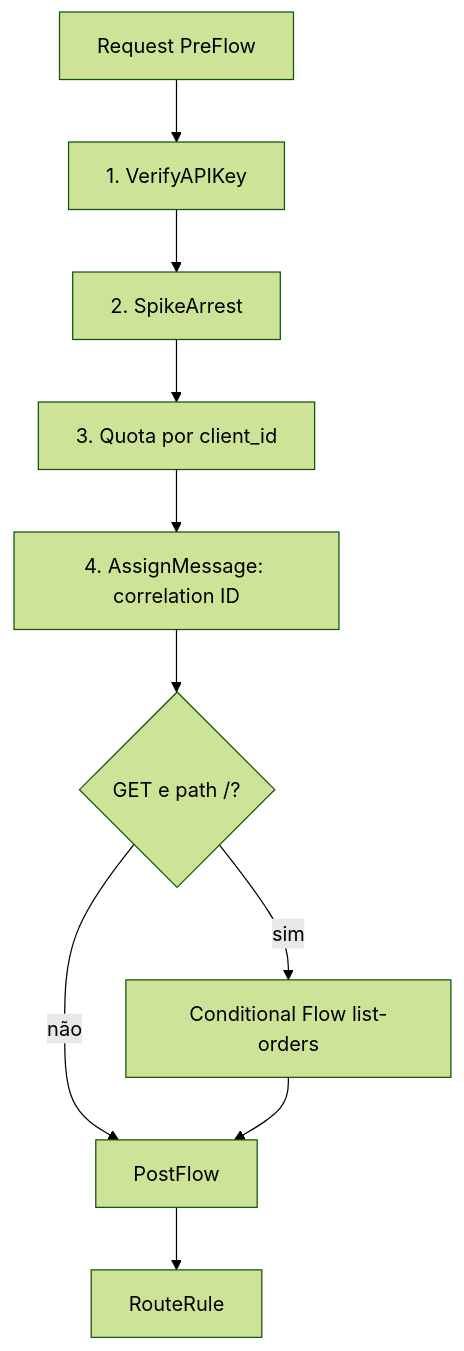
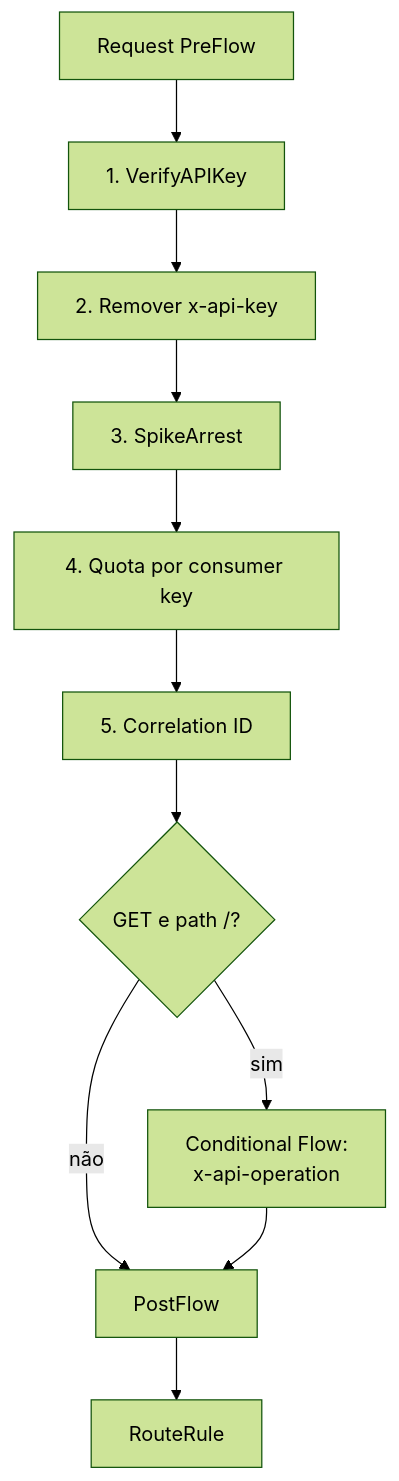
One commit to rodri-oliveira-dev/apigee-architecture-lab changed the first of 2 diagrams in examples/02-intermediate/README.md. Above: the diagram before and after it, drawn with Mermaid (forest theme). The commit also changed other lines of this file and 23 other files, not shown here.

````diff
--- a/examples/02-intermediate/README.md
+++ b/examples/02-intermediate/README.md
@@ -9,12 +9,13 @@
 ```mermaid
 flowchart TD
     A[Request PreFlow] --> K[1. VerifyAPIKey]
-    K --> S[2. SpikeArrest]
-    S --> Q[3. Quota por client_id]
-    Q --> C[4. AssignMessage: correlation ID]
+    K --> X[2. Remover x-api-key]
+    X --> S[3. SpikeArrest]
+    S --> Q[4. Quota por consumer key]
+    Q --> C[5. Correlation ID]
     C --> D{GET e path /?}
-    D -->|sim| F[Conditional Flow list-orders]
+    D -->|sim| F[Conditional Flow:<br/>x-api-operation]
     D -->|não| P[PostFlow]
     F --> P
     P --> R[RouteRule]
 ```
````
